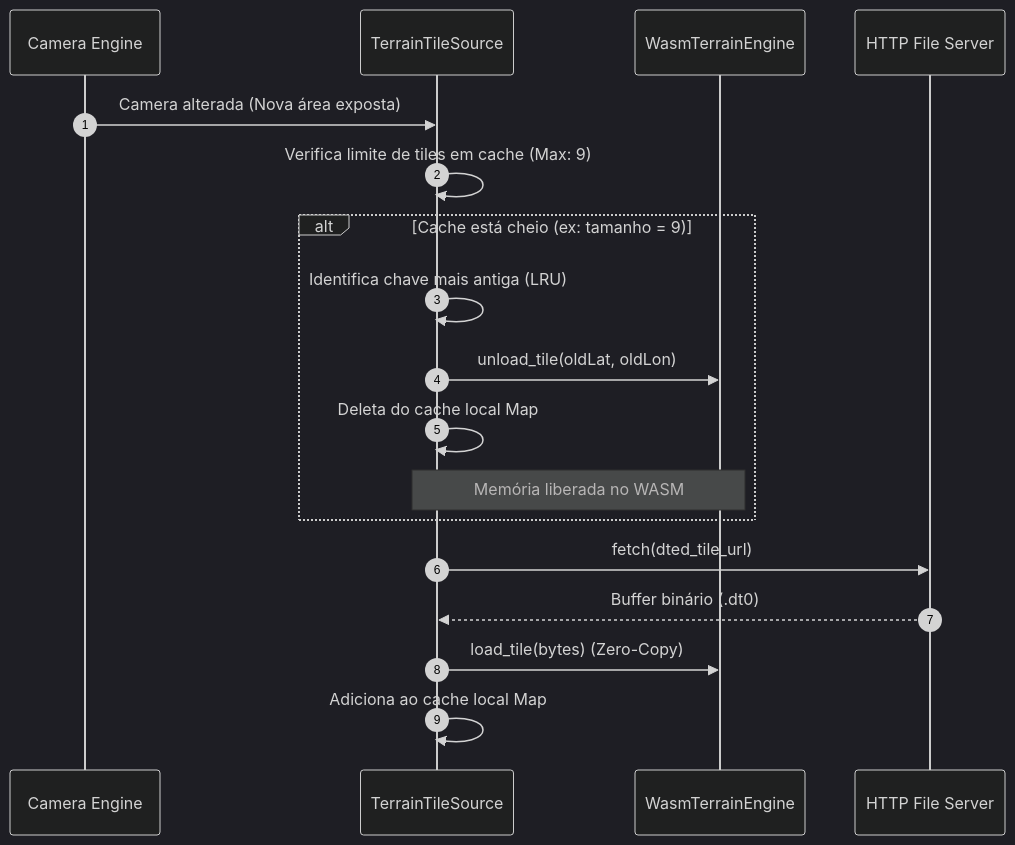
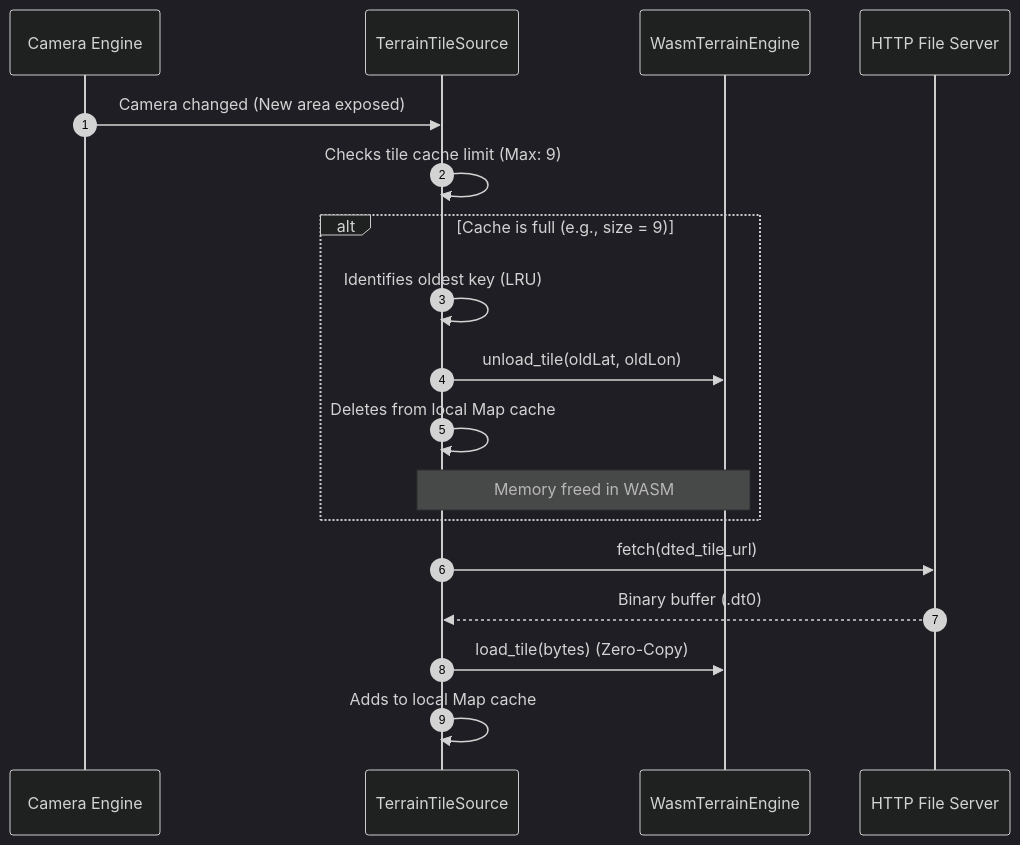
The diagram in docs/sdk/ts/providers/arch.md (rodoni/olayer), drawn with Mermaid (dark theme) before and after one commit. The commit also changed other lines of this file and 29 other files, not shown here.

````diff
--- a/docs/sdk/ts/providers/arch.md
+++ b/docs/sdk/ts/providers/arch.md
@@ -81,21 +81,21 @@
 ```mermaid
 sequenceDiagram
     autonumber
     participant Camera as Camera Engine
     participant MDS as TerrainTileSource
     participant WASM as WasmTerrainEngine
     participant Network as HTTP File Server
 
-    Camera->>MDS: Camera alterada (Nova área exposta)
-    MDS->>MDS: Verifica limite de tiles em cache (Max: 9)
-    alt Cache está cheio (ex: tamanho = 9)
-        MDS->>MDS: Identifica chave mais antiga (LRU)
+    Camera->>MDS: Camera changed (New area exposed)
+    MDS->>MDS: Checks tile cache limit (Max: 9)
+    alt Cache is full (e.g., size = 9)
+        MDS->>MDS: Identifies oldest key (LRU)
         MDS->>WASM: unload_tile(oldLat, oldLon)
-        MDS->>MDS: Deleta do cache local Map
-        Note over MDS, WASM: Memória liberada no WASM
+        MDS->>MDS: Deletes from local Map cache
+        Note over MDS, WASM: Memory freed in WASM
     end
     MDS->>Network: fetch(dted_tile_url)
-    Network-->>MDS: Buffer binário (.dt0)
+    Network-->>MDS: Binary buffer (.dt0)
     MDS->>WASM: load_tile(bytes) (Zero-Copy)
-    MDS->>MDS: Adiciona ao cache local Map
+    MDS->>MDS: Adds to local Map cache
 ```
````
